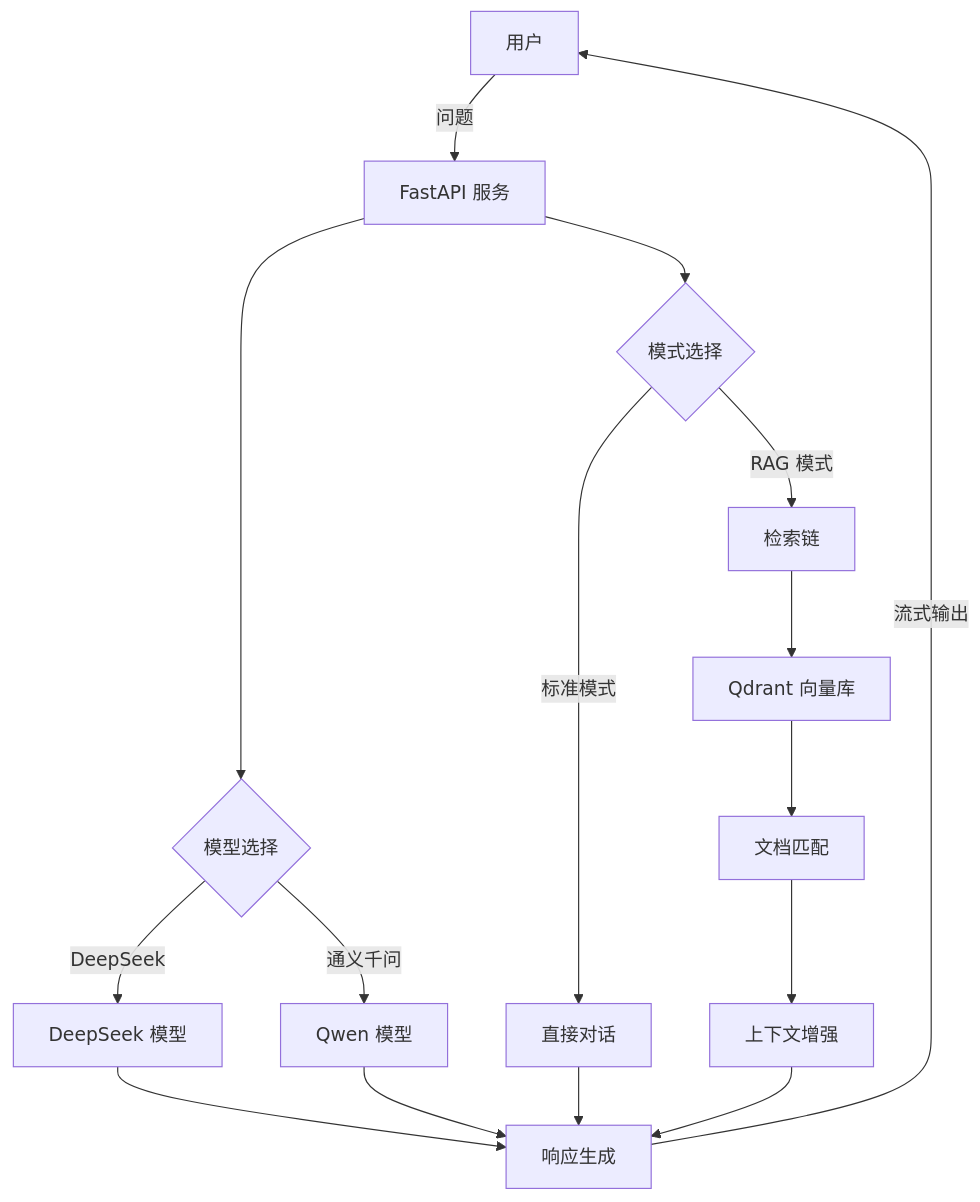
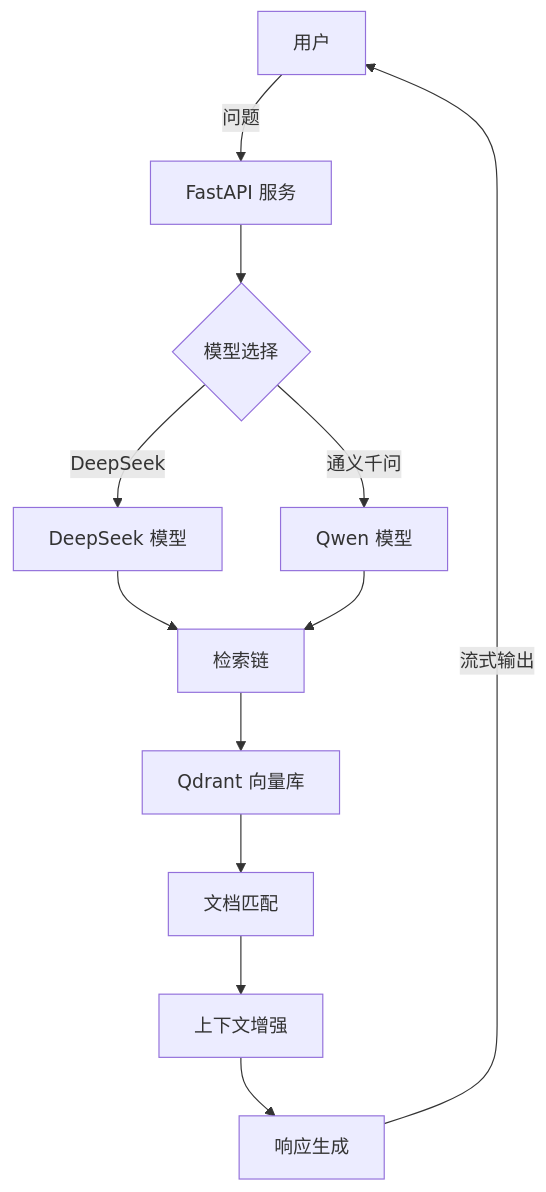
Before and after one commit to XGD088/ezo-robot: the diagram in README.md, drawn with Mermaid. The commit also changed other lines of this file, not shown here.

````diff
--- a/README.md
+++ b/README.md
@@ -28,22 +28,18 @@
 ```mermaid
 flowchart TD
   A[用户] -->|问题| B[FastAPI 服务]
   B --> C{模型选择}
   C -->|DeepSeek| D[DeepSeek 模型]
   C -->|通义千问| E[Qwen 模型]
   
-  B --> F{模式选择}
-  F -->|RAG 模式| G[检索链]
-  F -->|标准模式| H[直接对话]
+  D --> G[检索链]
+  E --> G
   
   G --> I[Qdrant 向量库]
   I --> J[文档匹配]
   J --> K[上下文增强]
   
-  D --> L[响应生成]
-  E --> L
-  H --> L
-  K --> L
+  K --> L[响应生成]
   
   L -->|流式输出| A
 ```
````
